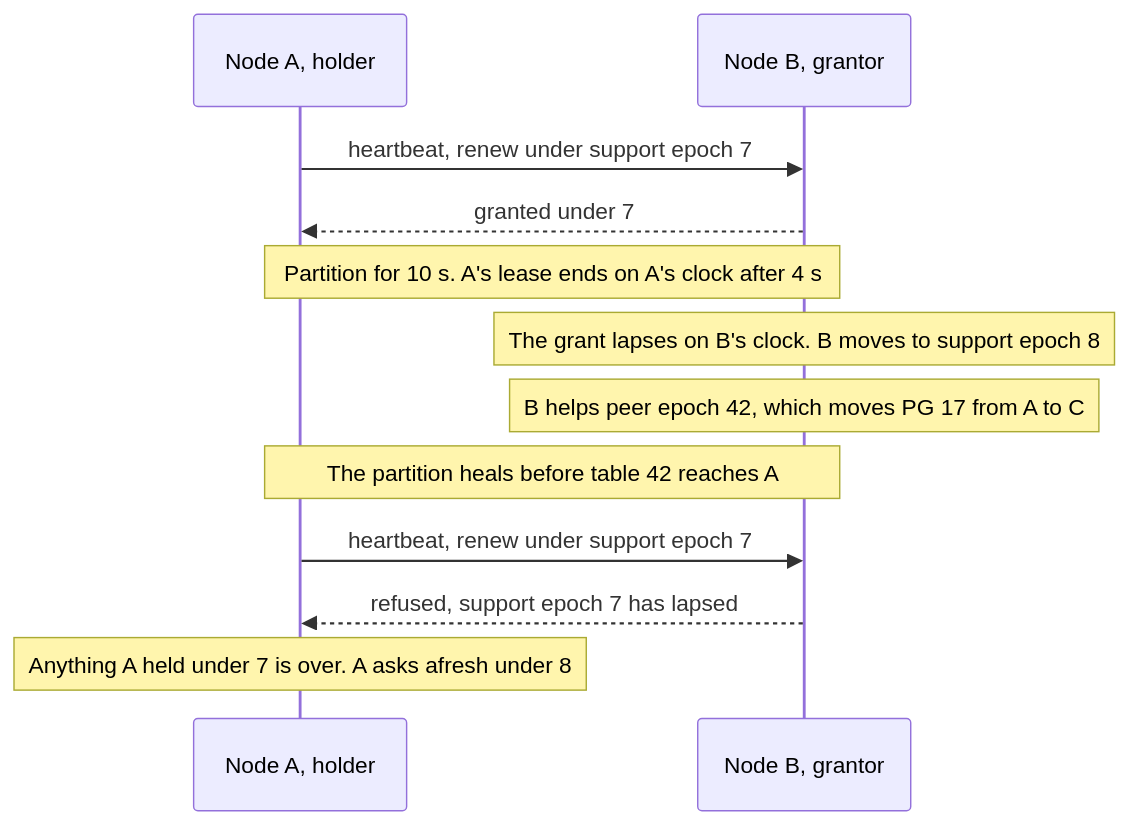
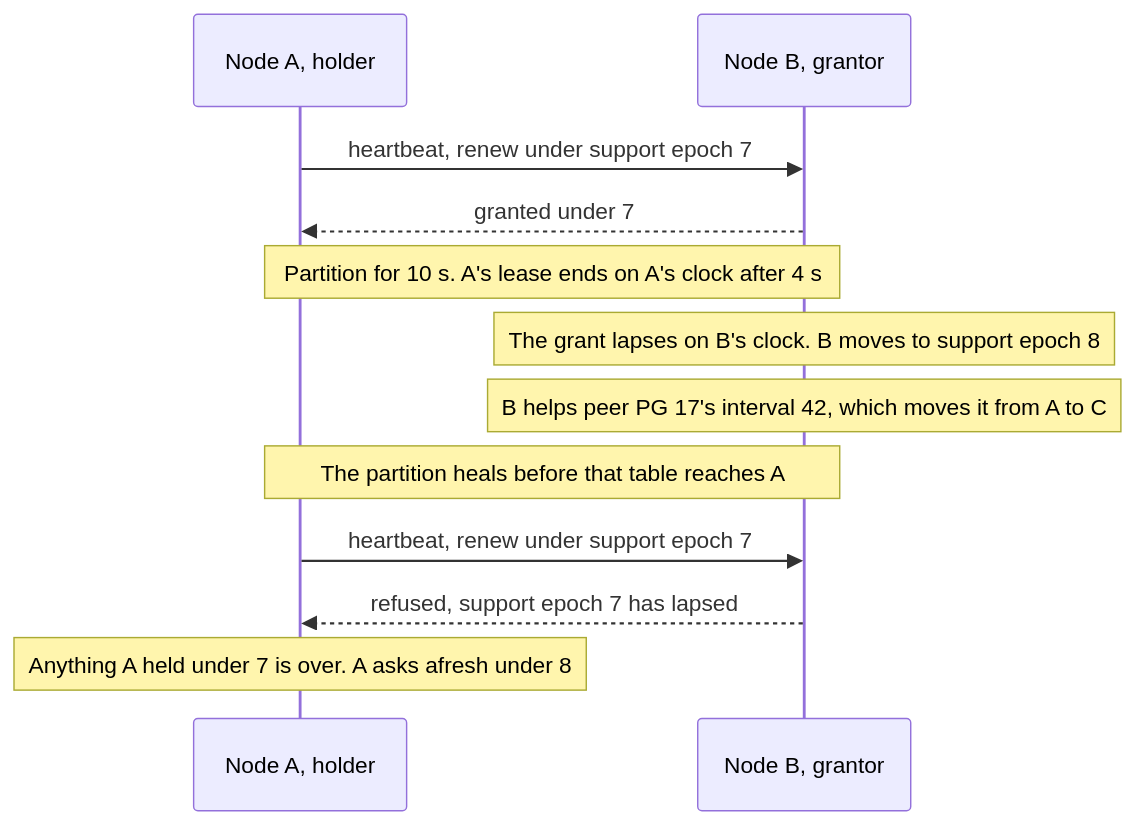
The sixth of 9 diagrams in blogs/03-epochs-leases-and-failures.md (nvcnvn/rock-solid), drawn with Mermaid before and after one commit. The commit also changed other lines of this file and 11 other files, not shown here.

````diff
--- a/blogs/03-epochs-leases-and-failures.md
+++ b/blogs/03-epochs-leases-and-failures.md
@@ -494,14 +573,14 @@
 ```mermaid
 sequenceDiagram
     participant A as Node A, holder
     participant B as Node B, grantor
     A->>B: heartbeat, renew under support epoch 7
     B-->>A: granted under 7
     Note over A,B: Partition for 10 s. A's lease ends on A's clock after 4 s
     Note over B: The grant lapses on B's clock. B moves to support epoch 8
-    Note over B: B helps peer epoch 42, which moves PG 17 from A to C
-    Note over A,B: The partition heals before table 42 reaches A
+    Note over B: B helps peer PG 17's interval 42, which moves it from A to C
+    Note over A,B: The partition heals before that table reaches A
     A->>B: heartbeat, renew under support epoch 7
     B-->>A: refused, support epoch 7 has lapsed
     Note over A: Anything A held under 7 is over. A asks afresh under 8
 ```
````
